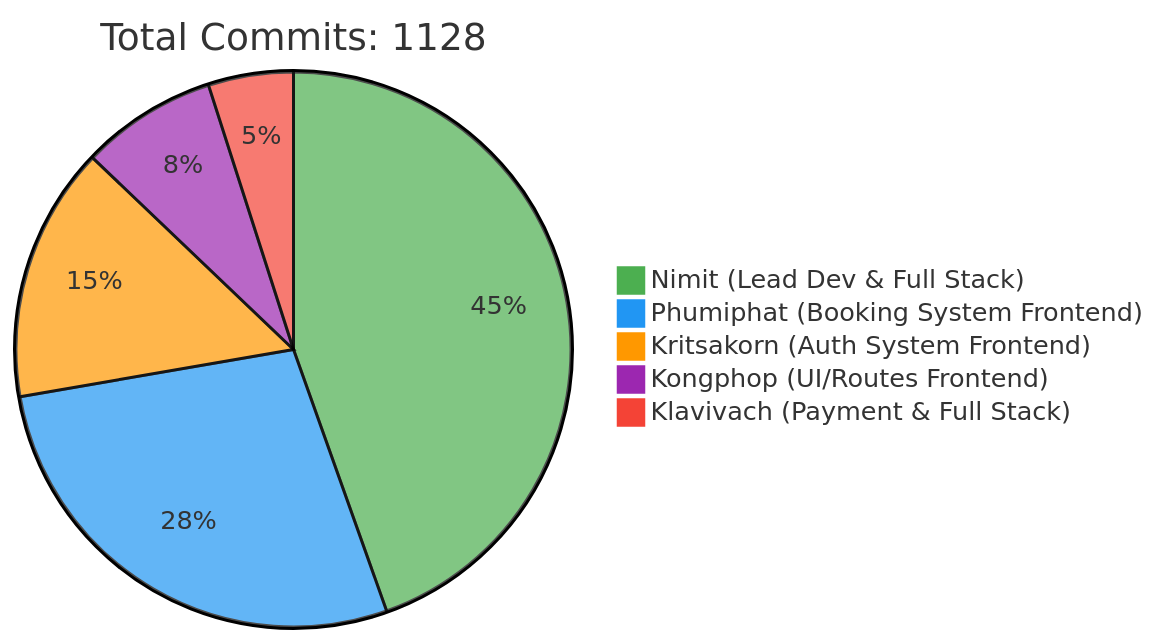
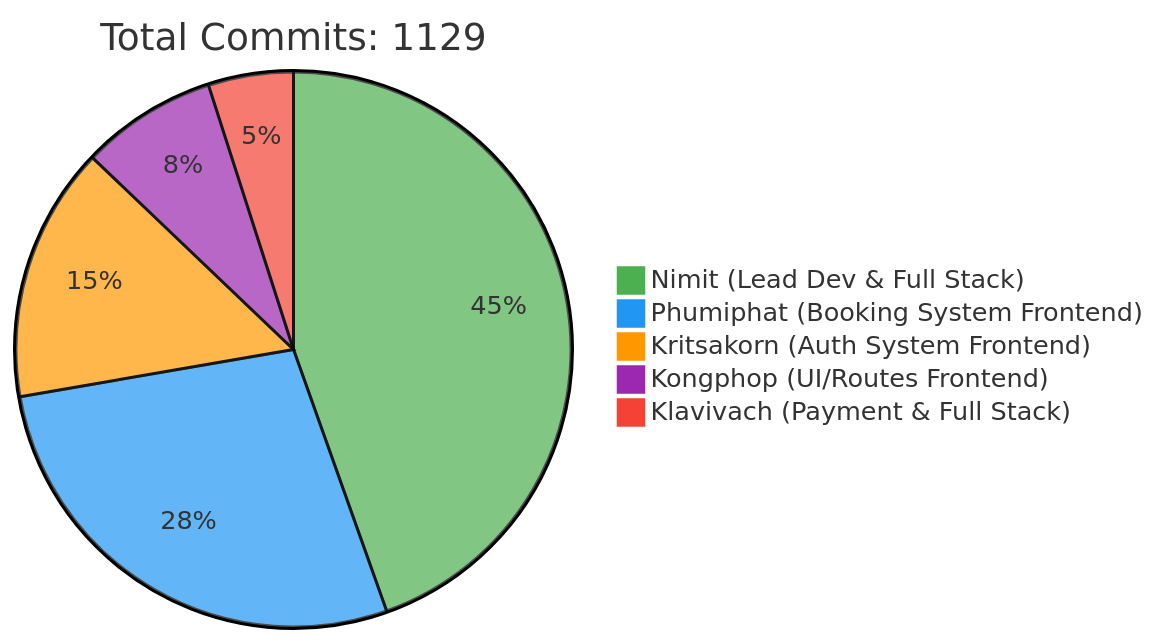
One commit to 6531503042/Sport-Complex changed the first of 2 diagrams in README.md. Above: the diagram before and after it, drawn with Mermaid. The commit also changed other lines of this file, not shown here.

Commit message:
docs: Update contributor statistics [skip ci]

````diff
--- a/README.md
+++ b/README.md
@@ -257,10 +257,10 @@
 ```mermaid
 %%{init: {'theme': 'base', 'themeVariables': { 'pie1': '#4CAF50', 'pie2': '#2196F3', 'pie3': '#FF9800', 'pie4': '#9C27B0', 'pie5': '#F44336'}}}%%
 pie
-    title Total Commits: 1128
+    title Total Commits: 1129
     "Nimit (Lead Dev & Full Stack)" : 450
     "Phumiphat (Booking System Frontend)" : 280
     "Kritsakorn (Auth System Frontend)" : 150
     "Kongphop (UI/Routes Frontend)" : 80
     "Klavivach (Payment & Full Stack)" : 50
 ```
````
